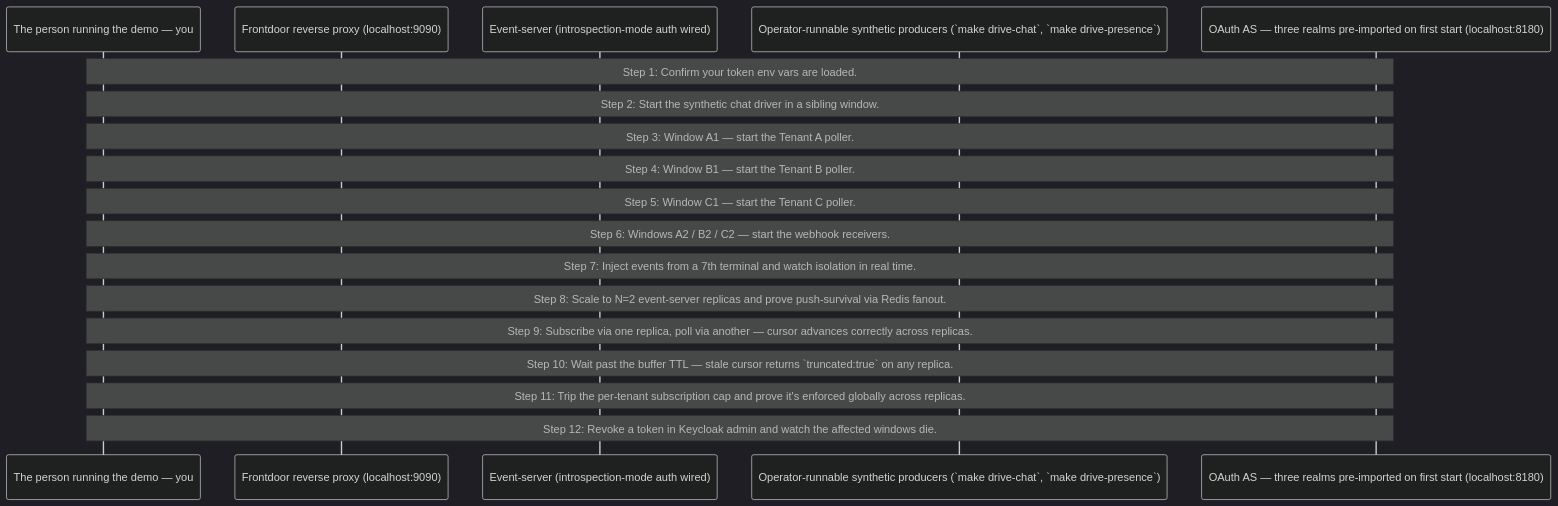
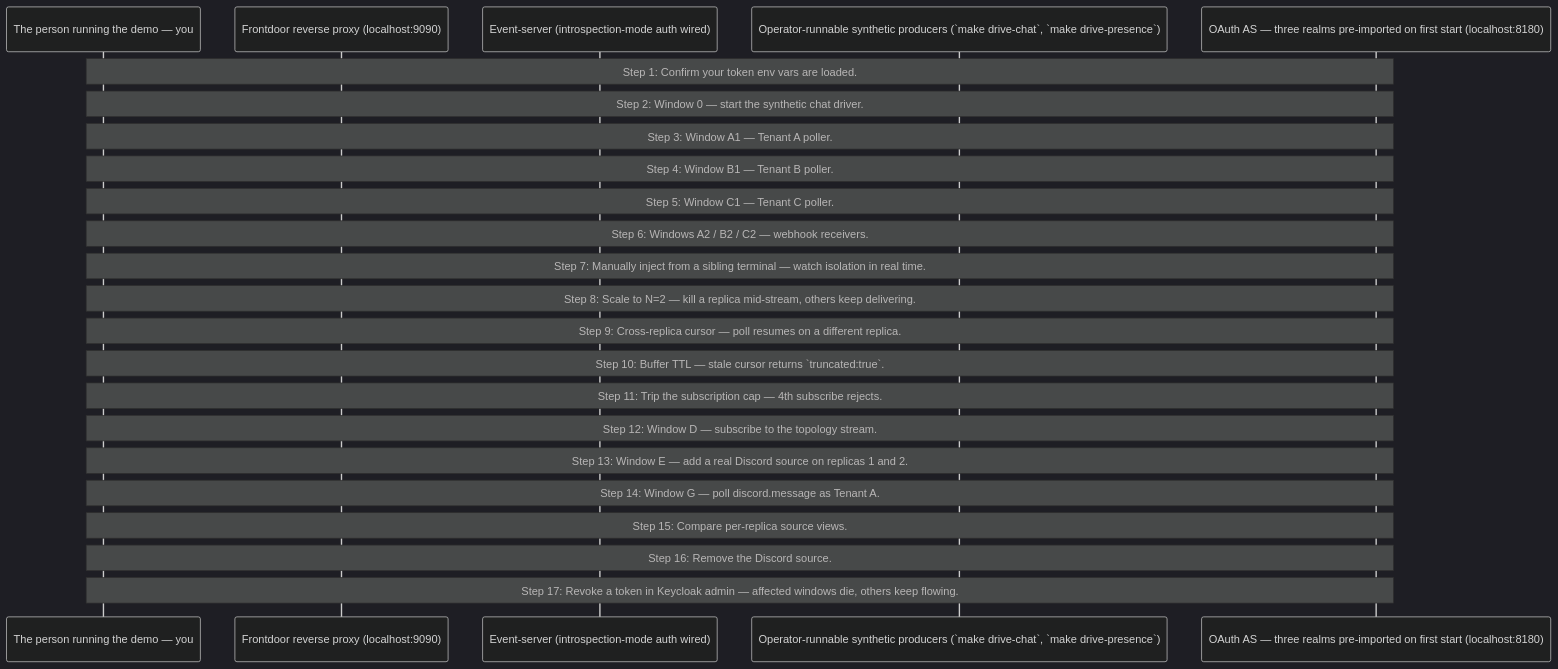
The diagram in examples/whole-enchilada/events/WALKTHROUGH.md (panyam/mcpkit), drawn with Mermaid (dark theme) before and after one commit. The commit also changed other lines of this file and 2 other files, not shown here.

First line of the commit message:
whole-enchilada/events: Makefile add-discord / rm-source / list-sources + walkthrough slim refactor

````diff
--- a/examples/whole-enchilada/events/WALKTHROUGH.md
+++ b/examples/whole-enchilada/events/WALKTHROUGH.md
@@ -22,32 +27,42 @@
 ```mermaid
 sequenceDiagram
     participant Operator as The person running the demo — you
     participant Nginx as Frontdoor reverse proxy (localhost:9090)
     participant Server as Event-server (introspection-mode auth wired)
     participant Drivers as Operator-runnable synthetic producers (`make drive-chat`, `make drive-presence`)
     participant Keycloak as OAuth AS — three realms pre-imported on first start (localhost:8180)
 
     Note over Operator,Keycloak: Step 1: Confirm your token env vars are loaded.
 
-    Note over Operator,Keycloak: Step 2: Start the synthetic chat driver in a sibling window.
+    Note over Operator,Keycloak: Step 2: Window 0 — start the synthetic chat driver.
 
-    Note over Operator,Keycloak: Step 3: Window A1 — start the Tenant A poller.
+    Note over Operator,Keycloak: Step 3: Window A1 — Tenant A poller.
 
-    Note over Operator,Keycloak: Step 4: Window B1 — start the Tenant B poller.
+    Note over Operator,Keycloak: Step 4: Window B1 — Tenant B poller.
 
-    Note over Operator,Keycloak: Step 5: Window C1 — start the Tenant C poller.
+    Note over Operator,Keycloak: Step 5: Window C1 — Tenant C poller.
 
-    Note over Operator,Keycloak: Step 6: Windows A2 / B2 / C2 — start the webhook receivers.
+    Note over Operator,Keycloak: Step 6: Windows A2 / B2 / C2 — webhook receivers.
 
-    Note over Operator,Keycloak: Step 7: Inject events from a 7th terminal and watch isolation in real time.
+    Note over Operator,Keycloak: Step 7: Manually inject from a sibling terminal — watch isolation in real time.
 
-    Note over Operator,Keycloak: Step 8: Scale to N=2 event-server replicas and prove push-survival via Redis fanout.
+    Note over Operator,Keycloak: Step 8: Scale to N=2 — kill a replica mid-stream, others keep delivering.
 
-    Note over Operator,Keycloak: Step 9: Subscribe via one replica, poll via another — cursor advances correctly across replicas.
+    Note over Operator,Keycloak: Step 9: Cross-replica cursor — poll resumes on a different replica.
 
-    Note over Operator,Keycloak: Step 10: Wait past the buffer TTL — stale cursor returns `truncated:true` on any replica.
+    Note over Operator,Keycloak: Step 10: Buffer TTL — stale cursor returns `truncated:true`.
 
-    Note over Operator,Keycloak: Step 11: Trip the per-tenant subscription cap and prove it's enforced globally across replicas.
+    Note over Operator,Keycloak: Step 11: Trip the subscription cap — 4th subscribe rejects.
 
-    Note over Operator,Keycloak: Step 12: Revoke a token in Keycloak admin and watch the affected windows die.
+    Note over Operator,Keycloak: Step 12: Window D — subscribe to the topology stream.
+
+    Note over Operator,Keycloak: Step 13: Window E — add a real Discord source on replicas 1 and 2.
+
+    Note over Operator,Keycloak: Step 14: Window G — poll discord.message as Tenant A.
+
+    Note over Operator,Keycloak: Step 15: Compare per-replica source views.
+
+    Note over Operator,Keycloak: Step 16: Remove the Discord source.
+
+    Note over Operator,Keycloak: Step 17: Revoke a token in Keycloak admin — affected windows die, others keep flowing.
 ```
````
